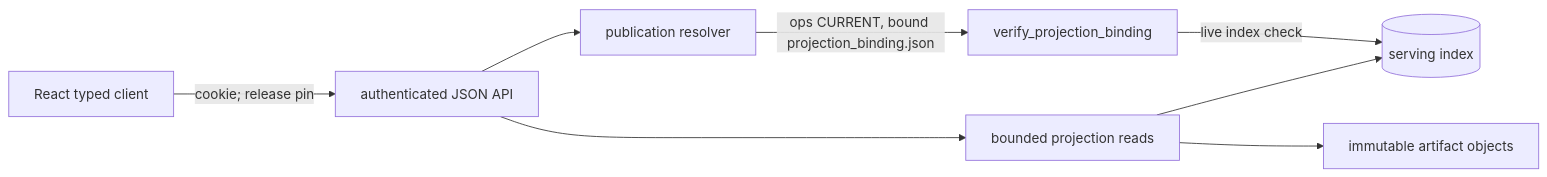
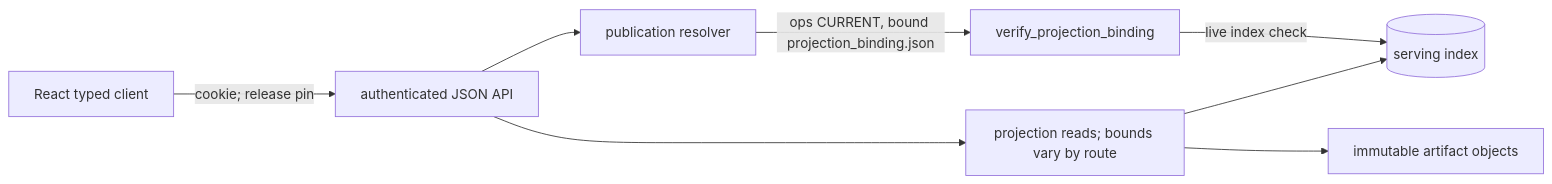
The first of 2 diagrams in engine/v2/serving/ARCHITECTURE.md (yshewchuk/investment-validation), drawn with Mermaid before and after one commit.

Commit message:
docs(serving): do not call every projection read bounded in the read-path diagram (#190)
Claude-Session: https://claude.ai/code/session_01QUihknYBdZNzYKP1X1yr1K

````diff
--- a/engine/v2/serving/ARCHITECTURE.md
+++ b/engine/v2/serving/ARCHITECTURE.md
@@ -47,9 +47,9 @@
 ```mermaid
 flowchart LR
   React[React typed client] -->|cookie; release pin| API[authenticated JSON API]
   API --> Resolver[publication resolver]
   Resolver -->|ops CURRENT, bound projection_binding.json| Verify[verify_projection_binding]
   Verify -->|live index check| Index[(serving index)]
-  API --> Reads[bounded projection reads] --> Index
+  API --> Reads[projection reads; bounds vary by route] --> Index
   Reads --> Objects[immutable artifact objects]
 ```
````
